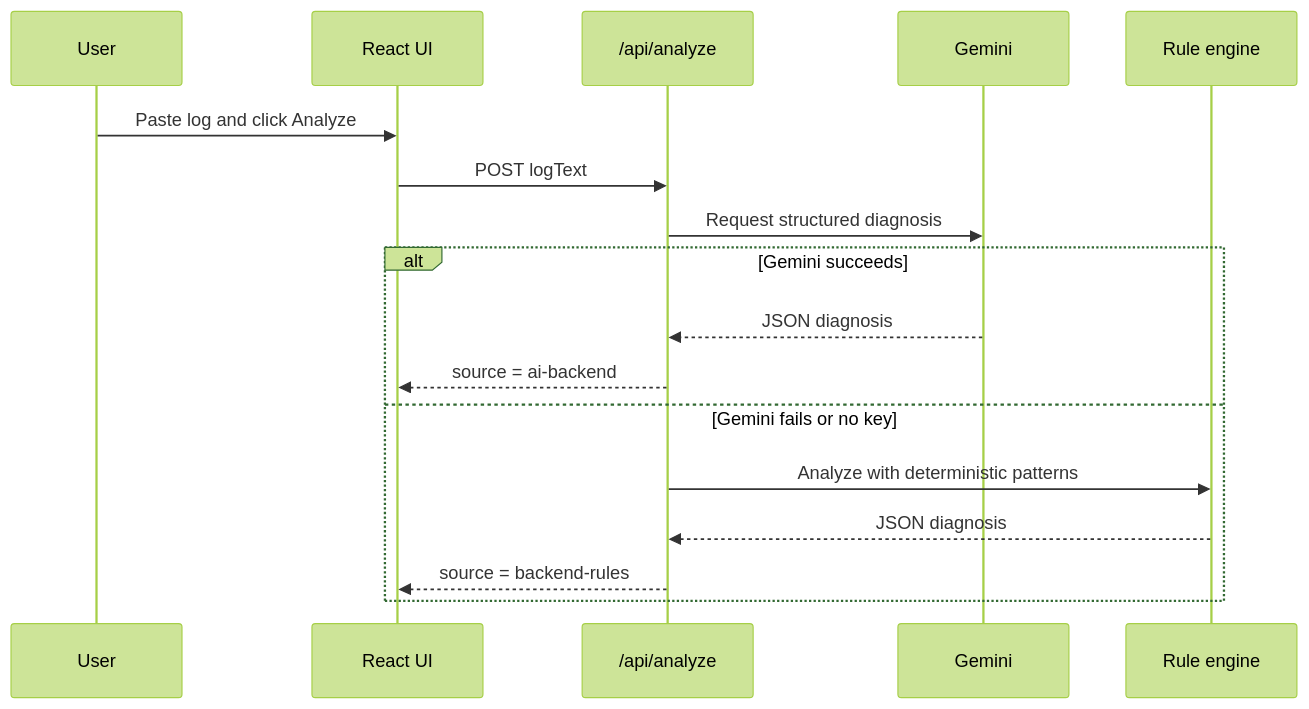
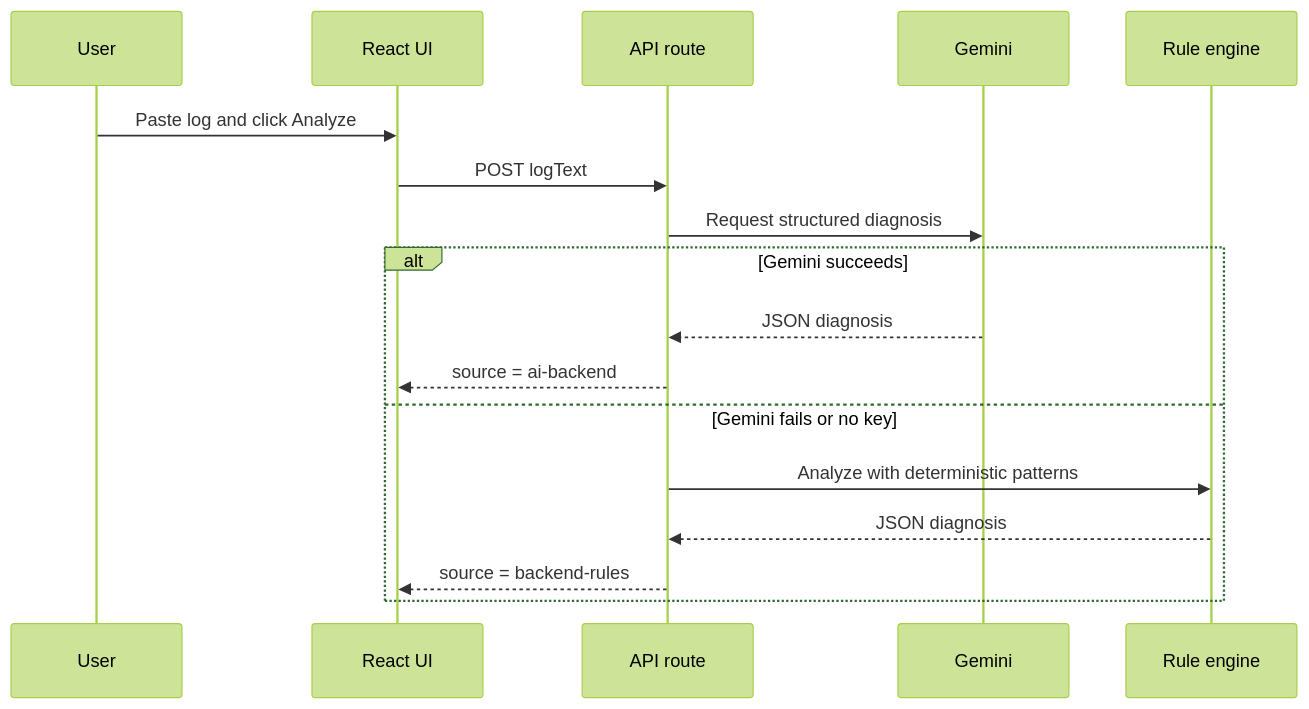
One commit to pchrysostomou/CI-Doctor changed the third of 4 diagrams in README.md. Above: the diagram before and after it, drawn with Mermaid (forest theme). The commit also changed other lines of this file, not shown here.

Commit message:
Fix README Mermaid diagrams

````diff
--- a/README.md
+++ b/README.md
@@ -109,20 +109,20 @@
 ```mermaid
 sequenceDiagram
   participant User
   participant UI as React UI
-  participant API as /api/analyze
+  participant API as API route
   participant Gemini
   participant Rules as Rule engine
 
   User->>UI: Paste log and click Analyze
   UI->>API: POST logText
   API->>Gemini: Request structured diagnosis
   alt Gemini succeeds
     Gemini-->>API: JSON diagnosis
     API-->>UI: source = ai-backend
   else Gemini fails or no key
     API->>Rules: Analyze with deterministic patterns
     Rules-->>API: JSON diagnosis
     API-->>UI: source = backend-rules
   end
 ```
````
